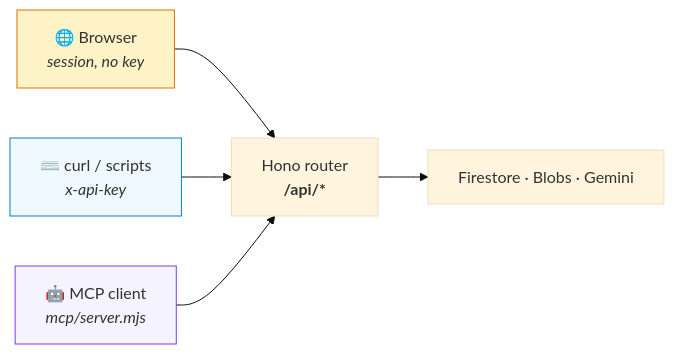
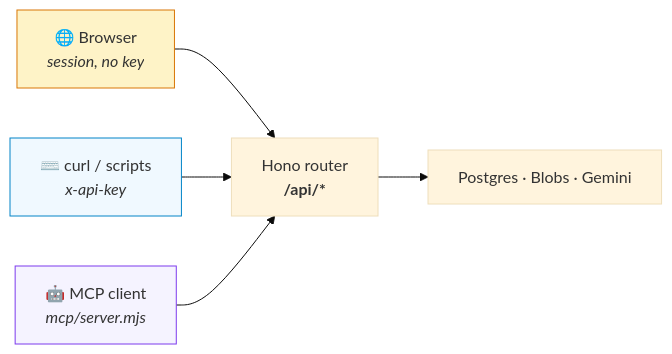
Before and after one commit to BuildGeekAI/scholar-mind: the first of 2 diagrams in docs/api/README.md, drawn with Mermaid (base theme). The commit also changed other lines of this file and 6 other files, not shown here.

````diff
--- a/docs/api/README.md
+++ b/docs/api/README.md
@@ -7,12 +7,12 @@
 ```mermaid
 flowchart LR
     B["🌐 Browser<br/><i>session, no key</i>"] --> R
     C["⌨️ curl / scripts<br/><i>x-api-key</i>"] --> R
     M["🤖 MCP client<br/><i>mcp/server.mjs</i>"] --> R
 
-    R["Hono router<br/><b>/api/*</b>"] --> S["Firestore · Blobs · Gemini"]
+    R["Hono router<br/><b>/api/*</b>"] --> S["Postgres · Blobs · Gemini"]
 
     style B fill:#fef3c7,stroke:#d97706
     style C fill:#f0f9ff,stroke:#0284c7
     style M fill:#f5f3ff,stroke:#7c3aed
 ```
````
